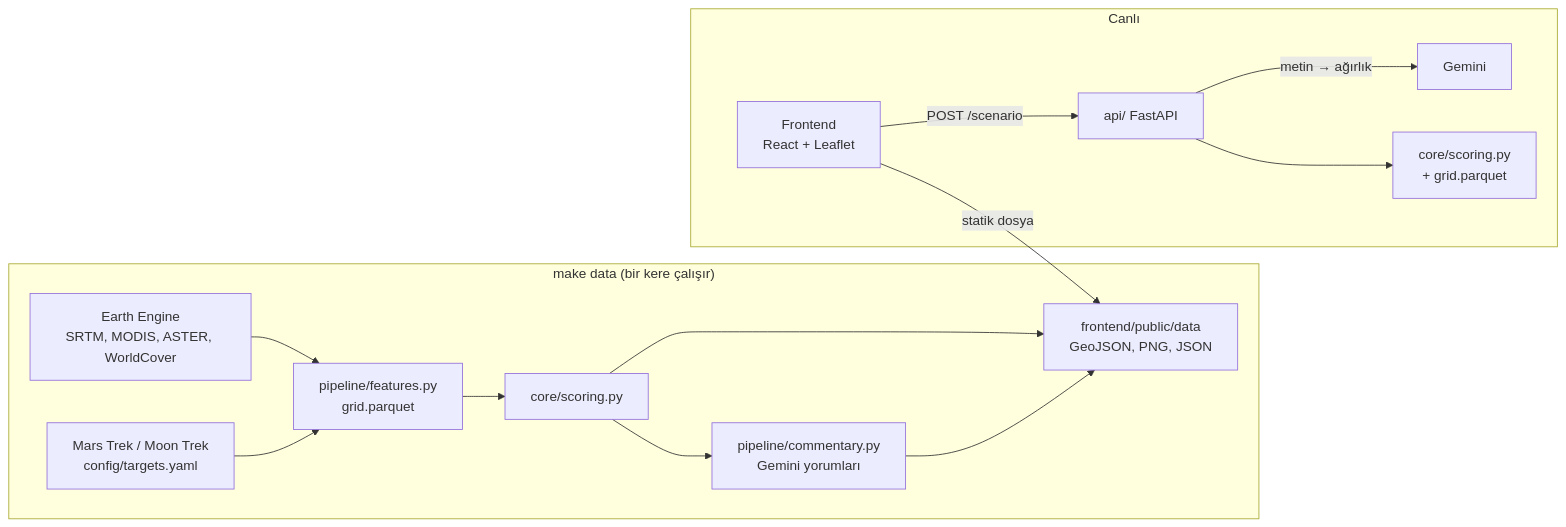
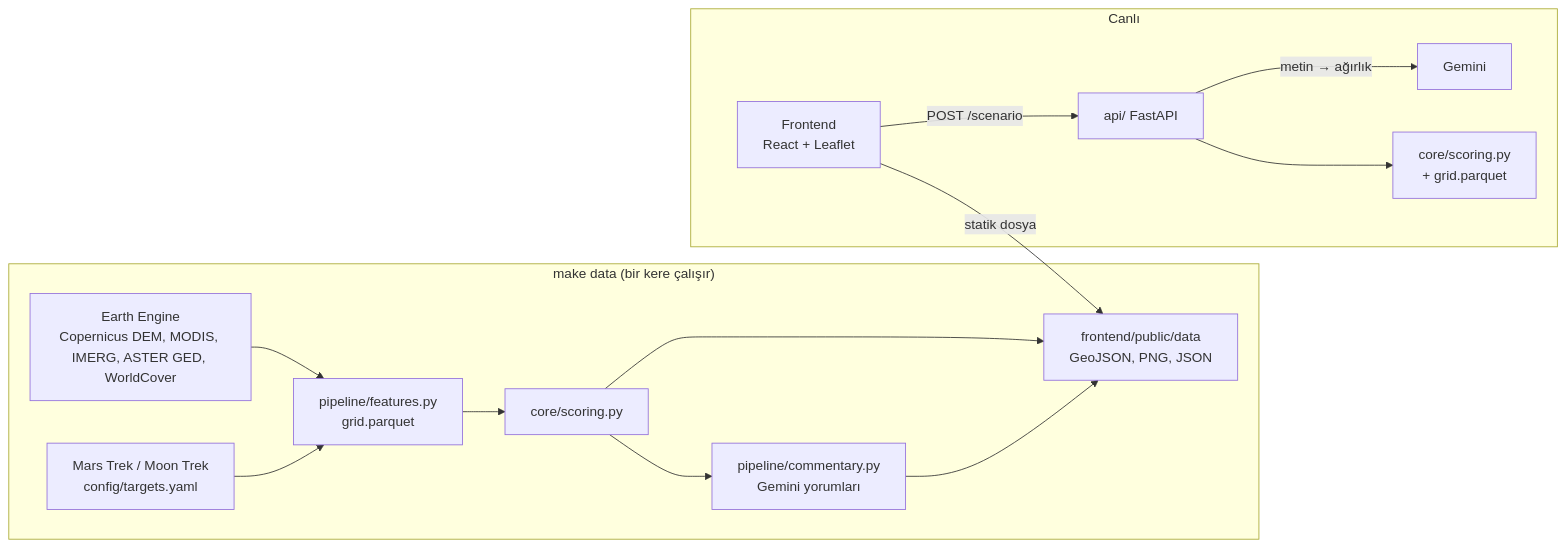
One commit to NGlory7/GeoCosmos changed the diagram in ARCHITECTURE.md. Above: the diagram before and after it, drawn with Mermaid. The commit also changed other lines of this file and 14 other files, not shown here.

````diff
--- a/ARCHITECTURE.md
+++ b/ARCHITECTURE.md
@@ -33,16 +33,16 @@
 ```mermaid
 flowchart LR
   subgraph Offline["make data (bir kere çalışır)"]
-    EE["Earth Engine<br/>SRTM, MODIS, ASTER, WorldCover"] --> FEAT["pipeline/features.py<br/>grid.parquet"]
+    EE["Earth Engine<br/>Copernicus DEM, MODIS, IMERG, ASTER GED, WorldCover"] --> FEAT["pipeline/features.py<br/>grid.parquet"]
     TREK["Mars Trek / Moon Trek<br/>config/targets.yaml"] --> FEAT
     FEAT --> CORE1["core/scoring.py"]
     CORE1 --> OUT["frontend/public/data<br/>GeoJSON, PNG, JSON"]
     CORE1 --> LLM1["pipeline/commentary.py<br/>Gemini yorumları"] --> OUT
   end
   subgraph Online["Canlı"]
     UI["Frontend<br/>React + Leaflet"] -->|statik dosya| OUT
     UI -->|POST /scenario| API["api/ FastAPI"]
     API -->|metin → ağırlık| GEM["Gemini"]
     API --> CORE2["core/scoring.py<br/>+ grid.parquet"]
   end
 ```
````
